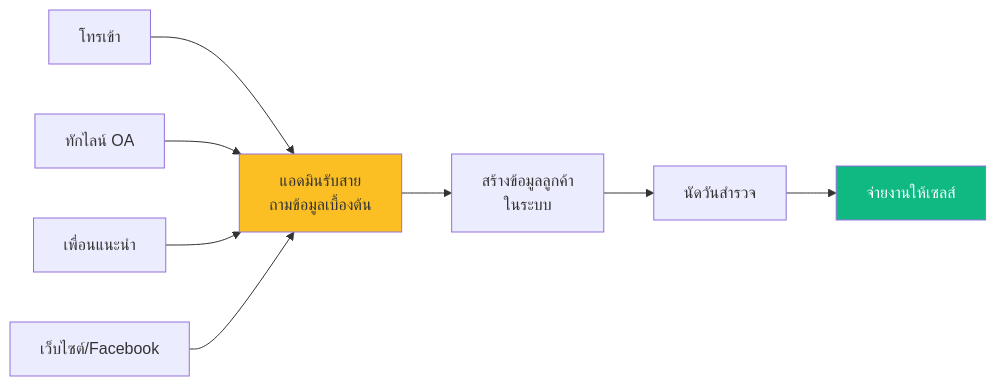
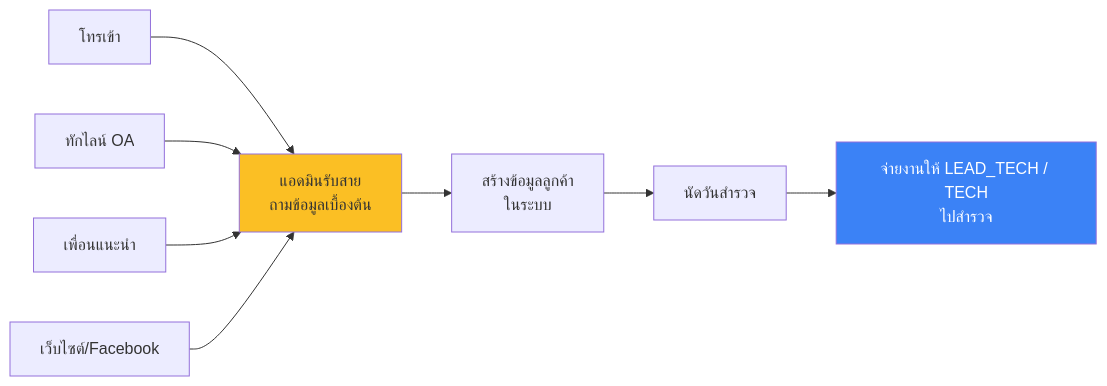
Before and after one commit to Rachaiyut/mrgreenpest-admin: the fifth of 46 diagrams in public/docs/FLOW.md, drawn with Mermaid. The commit also changed other lines of this file, not shown here.

First line of the commit message:
docs(flow): remove standalone Sales role — handled by LEAD_TECH/TECH

````diff
--- a/public/docs/FLOW.md
+++ b/public/docs/FLOW.md
@@ -1466,13 +1393,13 @@
 ```mermaid
 flowchart LR
     Source1[โทรเข้า] --> Admin[แอดมินรับสาย<br/>ถามข้อมูลเบื้องต้น]
     Source2[ทักไลน์ OA] --> Admin
     Source3[เพื่อนแนะนำ] --> Admin
     Source4[เว็บไซต์/Facebook] --> Admin
     Admin --> Save[สร้างข้อมูลลูกค้า<br/>ในระบบ]
     Save --> Appoint[นัดวันสำรวจ]
-    Appoint --> Sales[จ่ายงานให้เซลส์]
+    Appoint --> Sales[จ่ายงานให้ LEAD_TECH / TECH<br/>ไปสำรวจ]
 
     style Admin fill:#fbbf24
-    style Sales fill:#10b981,color:#fff
+    style Sales fill:#3b82f6,color:#fff
 ```
````
